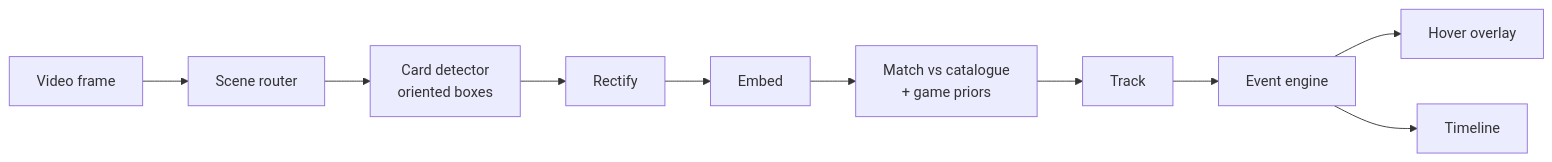
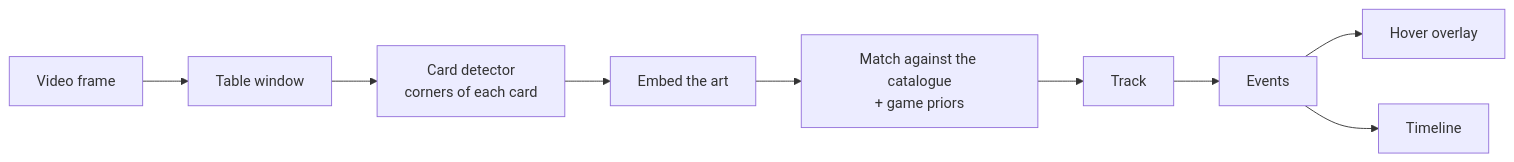
The diagram in README.md (effe-exe/Wardeye), drawn with Mermaid before and after one commit. The commit also changed other lines of this file and 99 other files, not shown here.

````diff
--- a/README.md
+++ b/README.md
@@ -19,12 +36,11 @@
 ```mermaid
 flowchart LR
-  F[Video frame] --> R[Scene router]
-  R --> D[Card detector<br/>oriented boxes]
-  D --> Q[Rectify]
-  Q --> E[Embed]
-  E --> M[Match vs catalogue<br/>+ game priors]
+  F[Video frame] --> R[Table window]
+  R --> D[Card detector<br/>corners of each card]
+  D --> E[Embed the art]
+  E --> M[Match against the catalogue<br/>+ game priors]
   M --> T[Track]
-  T --> V[Event engine]
+  T --> V[Events]
   V --> H[Hover overlay]
   V --> L[Timeline]
 ```
````
